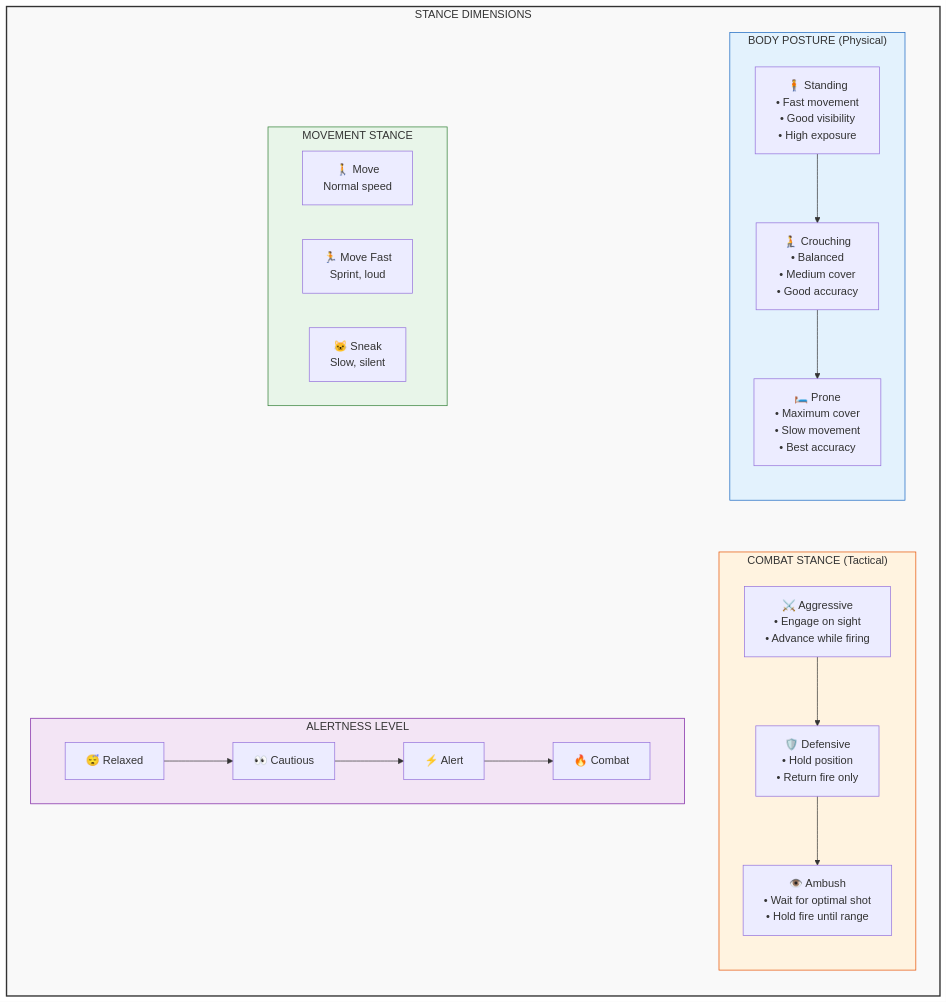
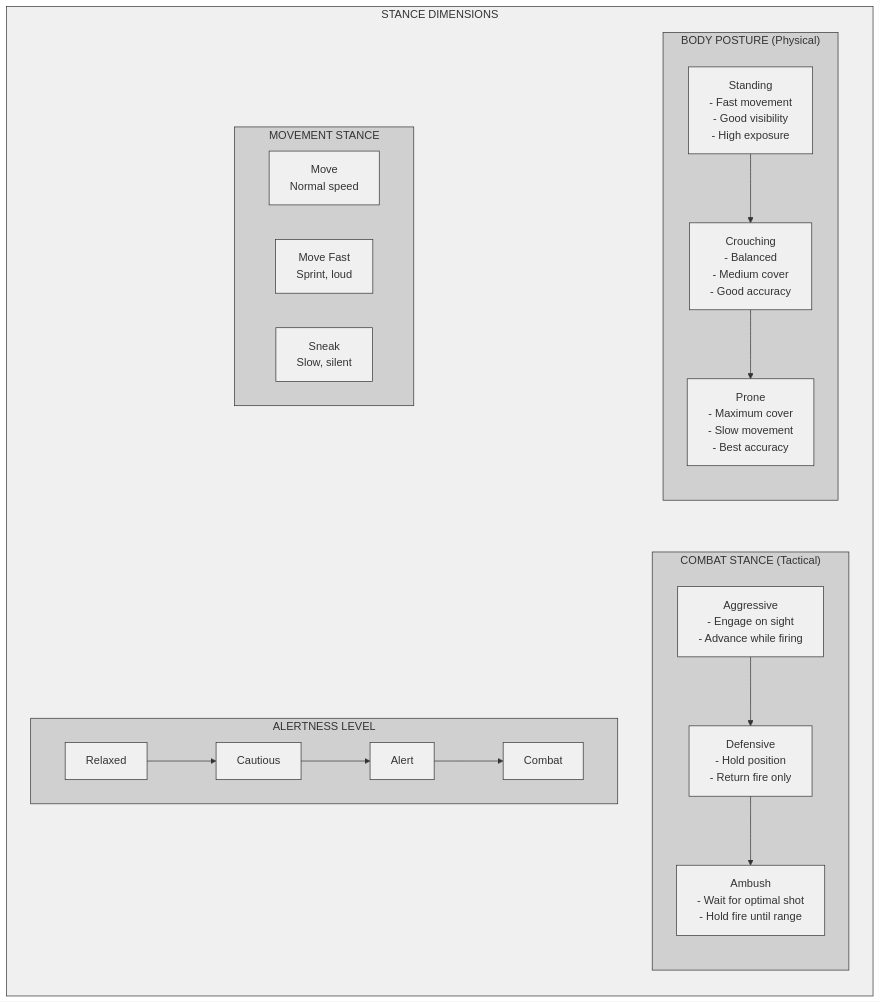
The fourth of 5 diagrams in chapter_06_orders_ai.md (jukofyork/close-combat-architecture-study), drawn with Mermaid before and after one commit. The commit also changed other lines of this file and 15 other files, not shown here.

````diff
--- a/chapter_06_orders_ai.md
+++ b/chapter_06_orders_ai.md
@@ -466,45 +472,48 @@
 ```mermaid
 flowchart TB
     subgraph Stance["STANCE DIMENSIONS"]
         direction TB
         
         subgraph BodyPosture["BODY POSTURE (Physical)"]
             direction TB
-            standing["🧍 Standing<br>• Fast movement<br>• Good visibility<br>• High exposure"]
-            crouching["🧎 Crouching<br>• Balanced<br>• Medium cover<br>• Good accuracy"]
-            prone["🛏️ Prone<br>• Maximum cover<br>• Slow movement<br>• Best accuracy"]
+            standing["Standing<br/>- Fast movement<br/>- Good visibility<br/>- High exposure"]
+            crouching["Crouching<br/>- Balanced<br/>- Medium cover<br/>- Good accuracy"]
+            prone["Prone<br/>- Maximum cover<br/>- Slow movement<br/>- Best accuracy"]
             standing --> crouching --> prone
         end
         
         subgraph CombatStance["COMBAT STANCE (Tactical)"]
             direction TB
-            aggressive["⚔️ Aggressive<br>• Engage on sight<br>• Advance while firing"]
-            defensive["🛡️ Defensive<br>• Hold position<br>• Return fire only"]
-            ambush["👁️ Ambush<br>• Wait for optimal shot<br>• Hold fire until range"]
+            aggressive["Aggressive<br/>- Engage on sight<br/>- Advance while firing"]
+            defensive["Defensive<br/>- Hold position<br/>- Return fire only"]
+            ambush["Ambush<br/>- Wait for optimal shot<br/>- Hold fire until range"]
             aggressive --> defensive --> ambush
         end
         
         subgraph Movement["MOVEMENT STANCE"]
-            move["🚶 Move<br>Normal speed"]
-            fast["🏃 Move Fast<br>Sprint, loud"]
-            sneak["🐱 Sneak<br>Slow, silent"]
+            move["Move<br/>Normal speed"]
+            fast["Move Fast<br/>Sprint, loud"]
+            sneak["Sneak<br/>Slow, silent"]
         end
         
         subgraph Alertness["ALERTNESS LEVEL"]
-            relaxed["😴 Relaxed"]
-            cautious["👀 Cautious"]
-            alert["⚡ Alert"]
-            combat["🔥 Combat"]
+            relaxed["Relaxed"]
+            cautious["Cautious"]
+            alert["Alert"]
+            combat["Combat"]
             relaxed --> cautious --> alert --> combat
         end
         
         BodyPosture ~~~ CombatStance
         Movement ~~~ Alertness
     end
     
-    style Stance fill:#f9f9f9,stroke:#333,stroke-width:2px
-    style BodyPosture fill:#e3f2fd,stroke:#1565c0
-    style CombatStance fill:#fff3e0,stroke:#e65100
-    style Movement fill:#e8f5e9,stroke:#2e7d32
-    style Alertness fill:#f3e5f5,stroke:#7b1fa2
+    classDef default fill:#fff,stroke:#000,stroke-width:1px
+    classDef light fill:#f0f0f0,stroke:#333,stroke-width:1px
+    classDef medium fill:#d0d0d0,stroke:#333,stroke-width:1px
+    classDef dark fill:#b0b0b0,stroke:#000,stroke-width:2px
+    
+    class Stance light
+    class BodyPosture,CombatStance,Movement,Alertness medium
+    class standing,crouching,prone,aggressive,defensive,ambush,move,fast,sneak,relaxed,cautious,alert,combat light
 ```
````
